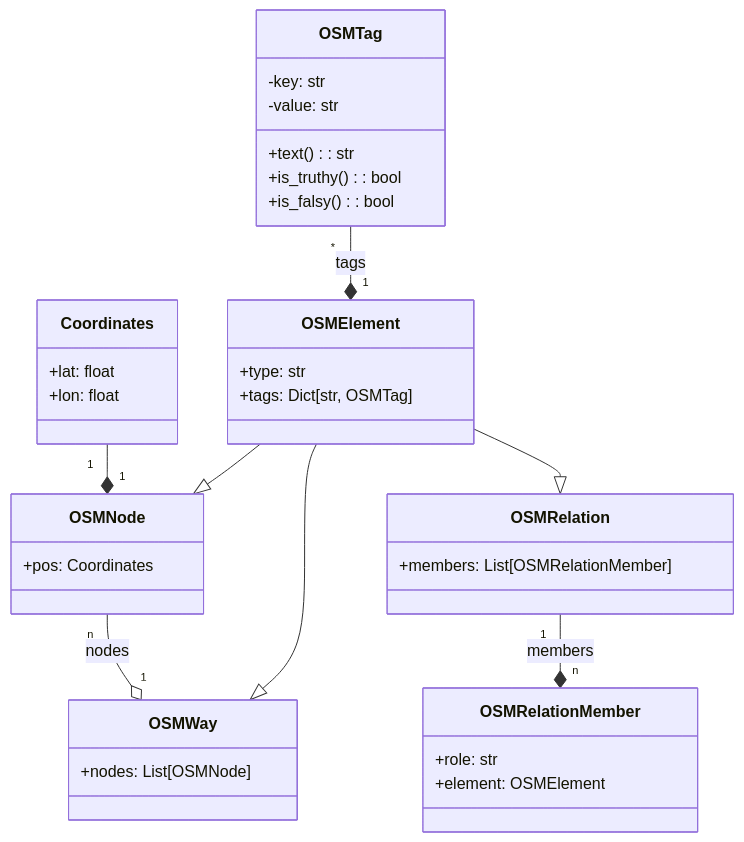
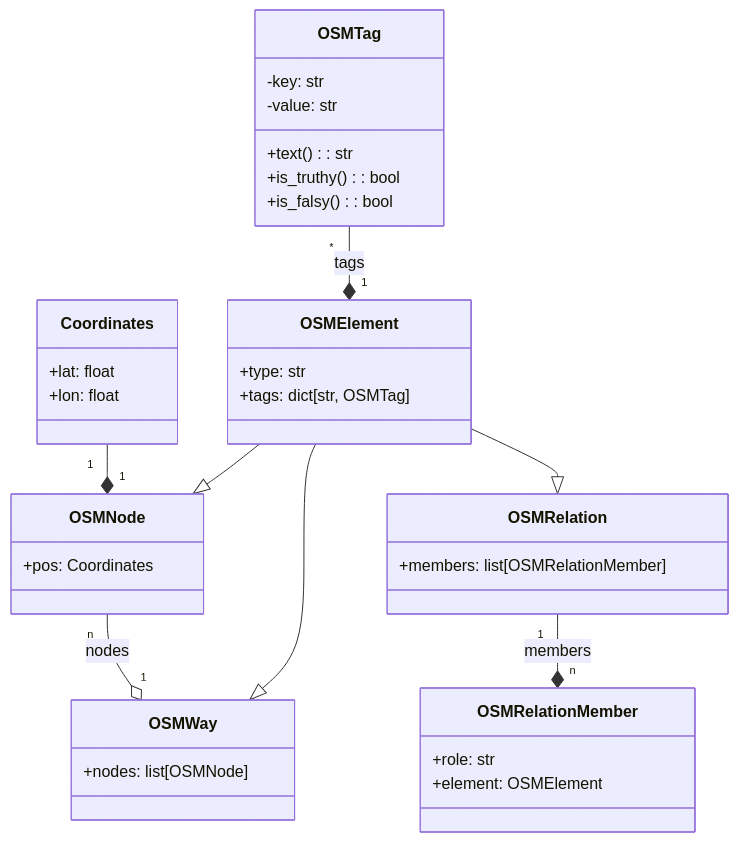
Before and after one commit to RandomSearch18/a-level-project: the fourth of 4 diagrams in docs/readme.md, drawn with Mermaid. The commit also changed other lines of this file, not shown here.

Commit message:
Class diagrams: Lowercase built-in types

````diff
--- a/docs/readme.md
+++ b/docs/readme.md
@@ -1121,45 +1121,45 @@
 ```mermaid
 classDiagram
   direction BT
   class Coordinates {
     +lat: float
     +lon: float
   }
 
   class OSMTag {
     -key: str
     -value: str
     +text(): str
     +is_truthy(): bool
     +is_falsy(): bool
   }
 
   OSMElement "1" *-- "*" OSMTag : tags
   class OSMElement {
     +type: str
-    +tags: Dict[str, OSMTag]
+    +tags: dict[str, OSMTag]
   }
 
   OSMNode <|-- OSMElement
   OSMNode "1" *-- "1" Coordinates
   class OSMNode {
     +pos: Coordinates
   }
 
   OSMWay <|-- OSMElement
   OSMWay "1" o-- "n" OSMNode : nodes
   class OSMWay {
-    +nodes: List[OSMNode]
+    +nodes: list[OSMNode]
   }
 
   OSMRelationMember "n" *-- "1" OSMRelation : members
   class OSMRelationMember {
     +role: str
     +element: OSMElement
   }
 
   OSMRelation <|-- OSMElement
   class OSMRelation {
-    +members: List[OSMRelationMember]
+    +members: list[OSMRelationMember]
   }
 ```
````
